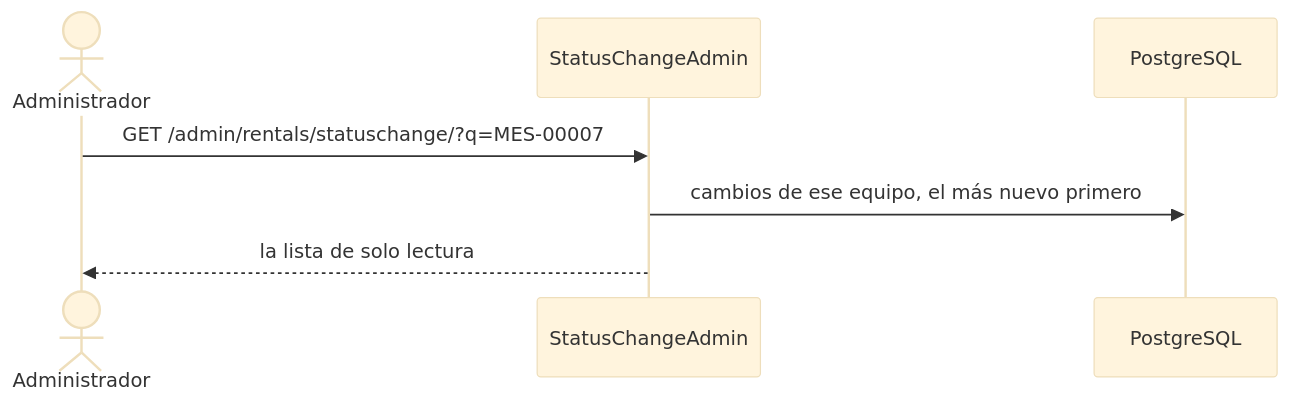
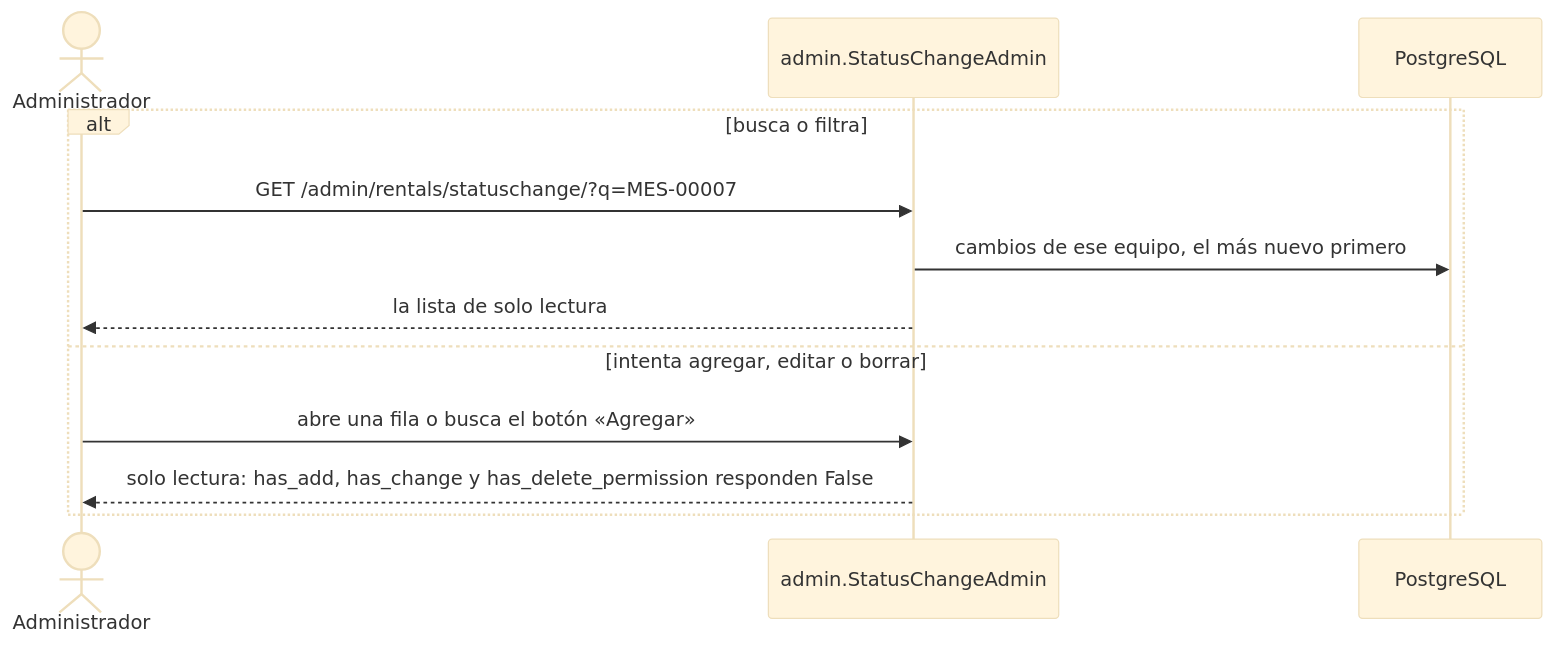
One commit to peterteranb/astra-rent-system changed diagram 15 of 17 in docs/casos-de-uso.md. Above: the diagram before and after it, drawn with Mermaid (base theme). The commit also changed other lines of this file and 12 other files, not shown here.

Commit message:
docs: final docs index, decisions and checked sequence diagrams

````diff
--- a/docs/casos-de-uso.md
+++ b/docs/casos-de-uso.md
@@ -584,9 +708,14 @@
 ```mermaid
 sequenceDiagram
     actor A as Administrador
-    participant V as StatusChangeAdmin
+    participant V as admin.StatusChangeAdmin
     participant BD as PostgreSQL
-    A->>V: GET /admin/rentals/statuschange/?q=MES-00007
-    V->>BD: cambios de ese equipo, el más nuevo primero
-    V-->>A: la lista de solo lectura
+    alt busca o filtra
+        A->>V: GET /admin/rentals/statuschange/?q=MES-00007
+        V->>BD: cambios de ese equipo, el más nuevo primero
+        V-->>A: la lista de solo lectura
+    else intenta agregar, editar o borrar
+        A->>V: abre una fila o busca el botón «Agregar»
+        V-->>A: solo lectura: has_add, has_change y has_delete_permission responden False
+    end
 ```
````
